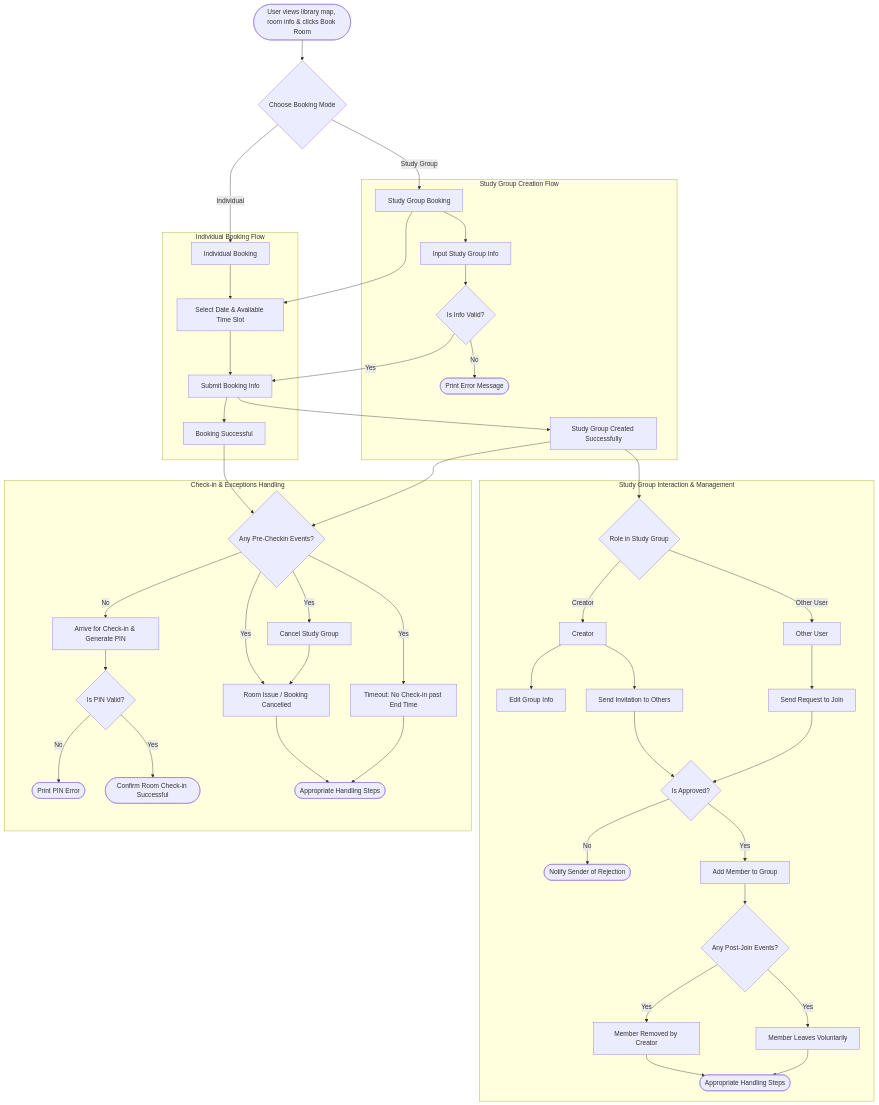
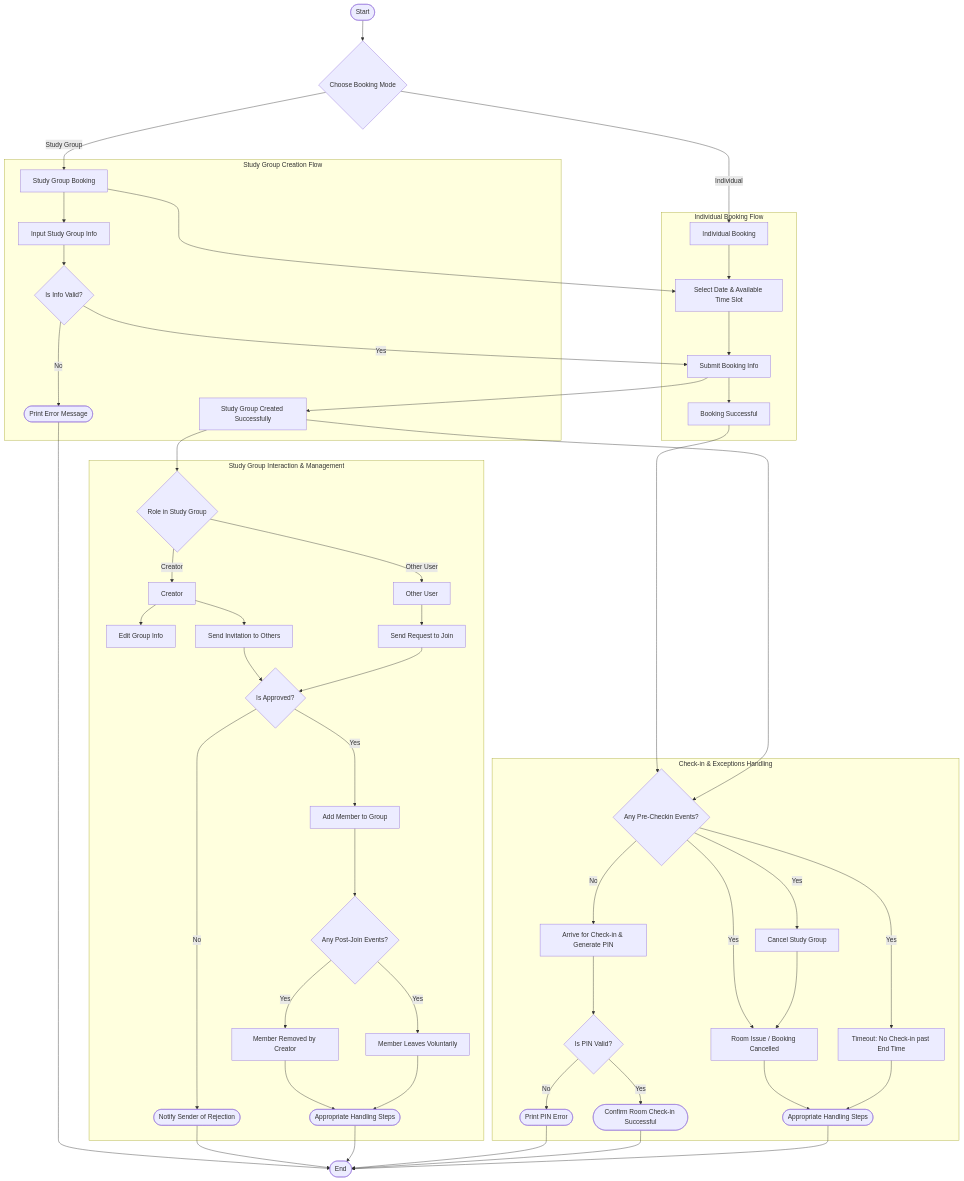
One commit to DuyNhat1705/AmeThyst-Library changed the second of 2 diagrams in docs/management/PA2/VisionDocument.md. Above: the diagram before and after it, drawn with Mermaid. The commit also changed other lines of this file, not shown here.

````diff
--- a/docs/management/PA2/VisionDocument.md
+++ b/docs/management/PA2/VisionDocument.md
@@ -313,7 +330,7 @@
 ```mermaid
 graph TD
     %% Nodes definition
-    Start([User views library map, room info & clicks Book Room])
+    S(["Start"])
     ChooseMode{Choose Booking Mode}
 
     subgraph Individual_Flow [Individual Booking Flow]
@@ -360,8 +377,10 @@
         HandleIssue([Appropriate Handling Steps])
     end
 
+    End(["End"])
+
     %% Main Flow Connections
-    Start --> ChooseMode
+    S --> ChooseMode
     ChooseMode -->|Individual| FreeBook
     ChooseMode -->|Study Group| GroupBook
     
@@ -414,4 +433,12 @@
     RoomIssue --> HandleIssue
     TimeoutIssue --> HandleIssue
     CancelGroup --> RoomIssue
-```
+
+    %% Terminal connections
+    LogError --> End
+    NotifySender --> End
+    HandleGroupEvent --> End
+    PinError --> End
+    CheckinSuccess --> End
+    HandleIssue --> End
+ ```
````
